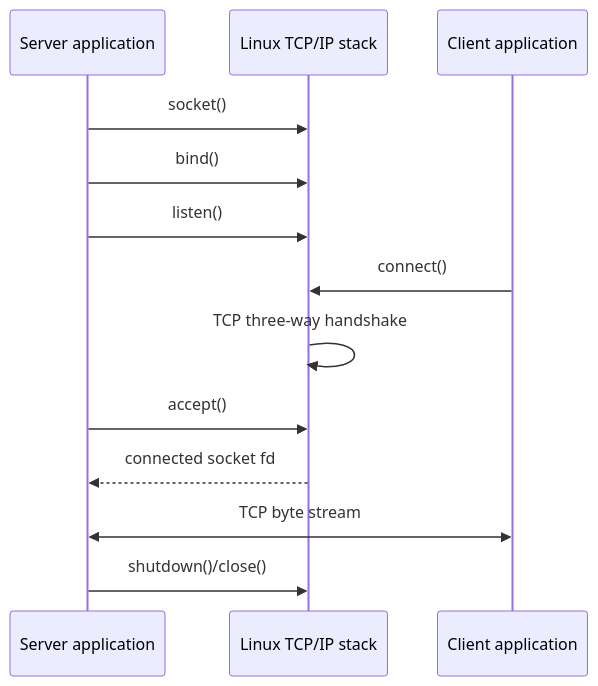
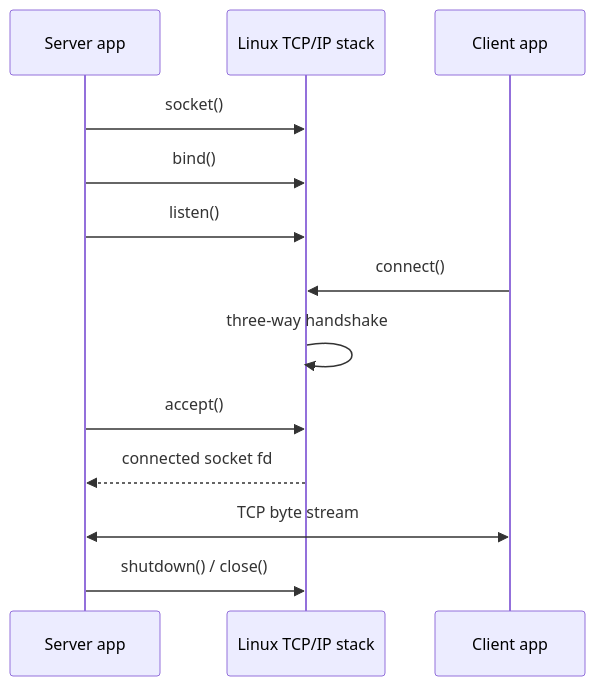
The first of 2 diagrams in phase-01/README-topic-09.md (hai-kevins/embedded-linux), drawn with Mermaid before and after one commit. The commit also changed other lines of this file and 6 other files, not shown here.

````diff
--- a/phase-01/README-topic-09.md
+++ b/phase-01/README-topic-09.md
@@ -959,16 +959,16 @@
 ```mermaid
 sequenceDiagram
-    participant S as Server application
+    participant S as Server app
     participant K as Linux TCP/IP stack
-    participant C as Client application
+    participant C as Client app
 
     S->>K: socket()
     S->>K: bind()
     S->>K: listen()
     C->>K: connect()
-    K->>K: TCP three-way handshake
+    K->>K: three-way handshake
     S->>K: accept()
     K-->>S: connected socket fd
     S<<->>C: TCP byte stream
-    S->>K: shutdown()/close()
+    S->>K: shutdown() / close()
 ```
````
